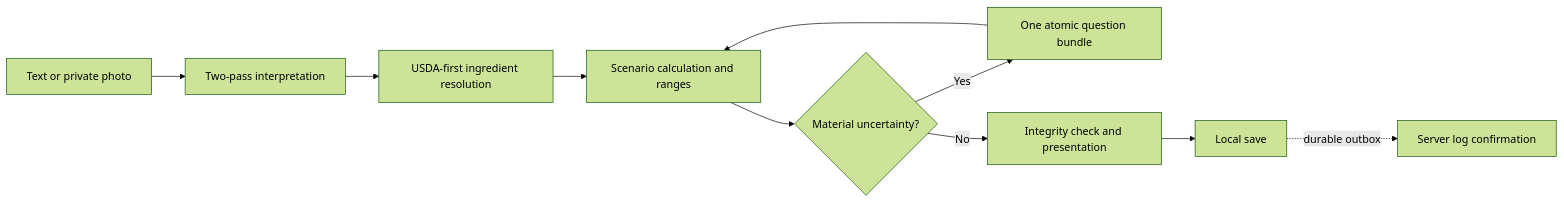
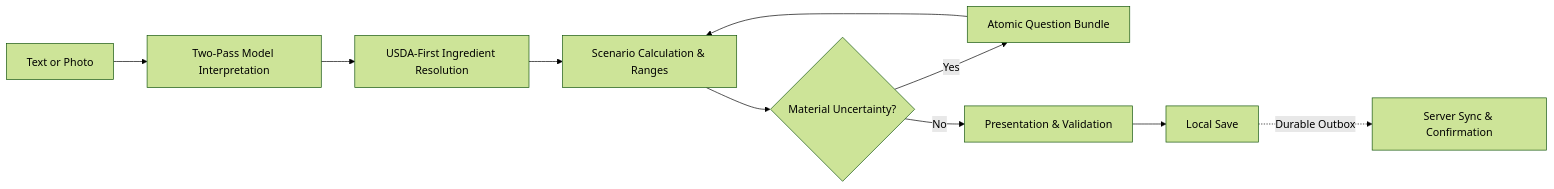
One commit to thecodepapaya/calorify changed the diagram in README.md. Above: the diagram before and after it, drawn with Mermaid (forest theme). The commit also changed other lines of this file and 13 other files, not shown here.

````diff
--- a/README.md
+++ b/README.md
@@ -17,12 +17,12 @@
 ```mermaid
 flowchart LR
-  A[Text or private photo] --> B[Two-pass interpretation]
-  B --> C[USDA-first ingredient resolution]
-  C --> D[Scenario calculation and ranges]
-  D --> E{Material uncertainty?}
-  E -->|Yes| F[One atomic question bundle]
+  A[Text or Photo] --> B[Two-Pass Model Interpretation]
+  B --> C[USDA-First Ingredient Resolution]
+  C --> D[Scenario Calculation & Ranges]
+  D --> E{Material Uncertainty?}
+  E -->|Yes| F[Atomic Question Bundle]
   F --> D
-  E -->|No| G[Integrity check and presentation]
-  G --> H[Local save]
-  H -. durable outbox .-> I[Server log confirmation]
+  E -->|No| G[Presentation & Validation]
+  G --> H[Local Save]
+  H -. Durable Outbox .-> I[Server Sync & Confirmation]
 ```
````
